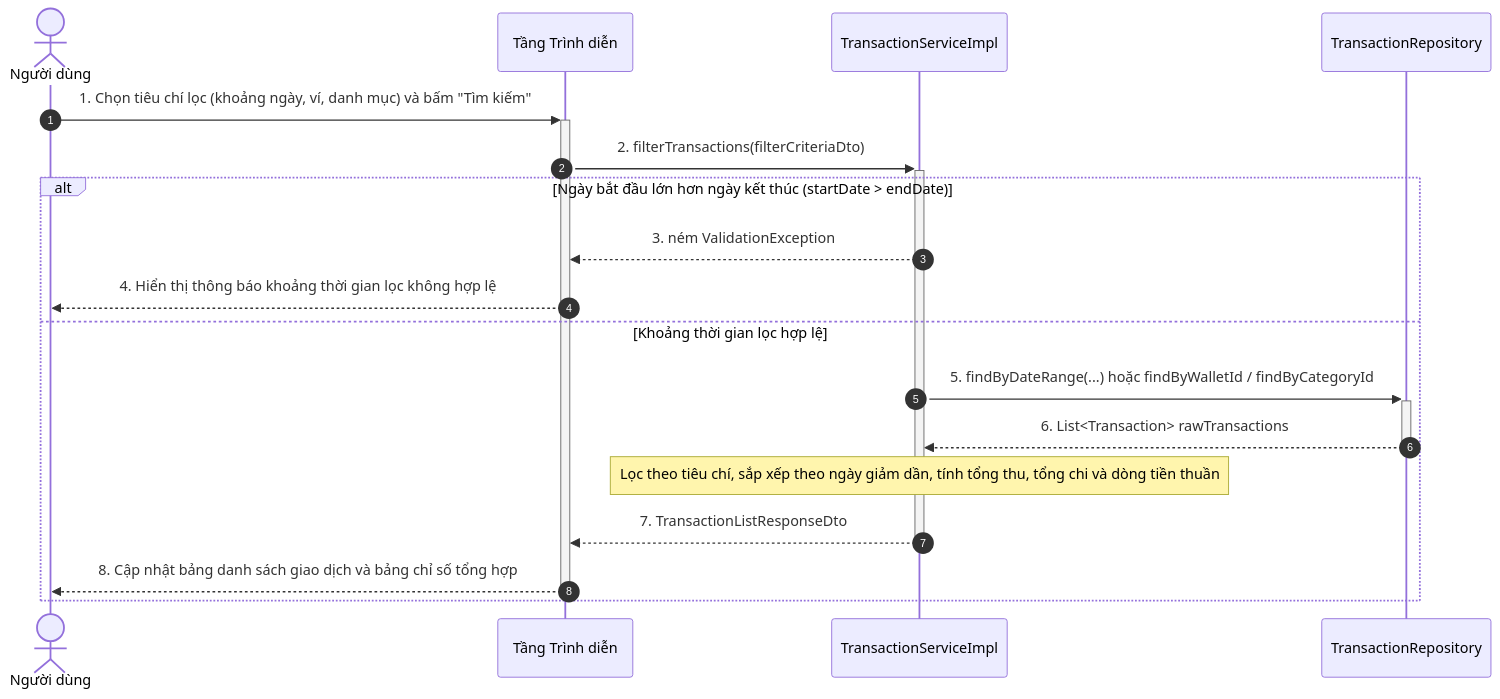
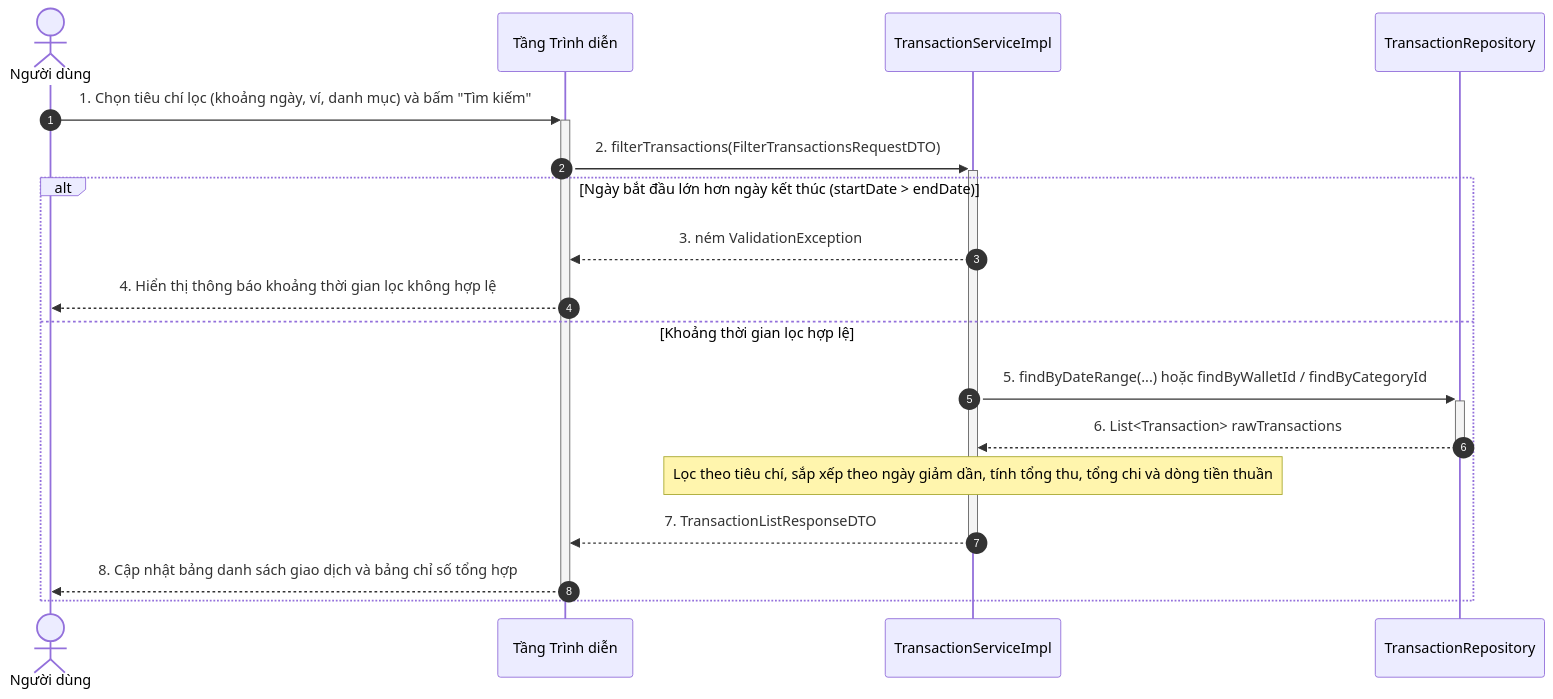
The seventh of 21 diagrams in docs/object-oriented-design/05-so-do-tuong-tac-thiet-ke-sequence-diagram.md (mynhleeh/pfms-oop), drawn with Mermaid before and after one commit. The commit also changed other lines of this file and 3 other files, not shown here.

Commit message:
docs(ood): harmonize service contracts, sequence diagrams, and DTO specifications

````diff
--- a/docs/object-oriented-design/05-so-do-tuong-tac-thiet-ke-sequence-diagram.md
+++ b/docs/object-oriented-design/05-so-do-tuong-tac-thiet-ke-sequence-diagram.md
@@ -353,21 +353,21 @@
 ```mermaid
 sequenceDiagram
     autonumber
     actor User as Người dùng
     participant GUI as Tầng Trình diễn
     participant TransactionService as TransactionServiceImpl
     participant TxnRepo as TransactionRepository
 
     User->>+GUI: 1. Chọn tiêu chí lọc (khoảng ngày, ví, danh mục) và bấm "Tìm kiếm"
-    GUI->>+TransactionService: 2. filterTransactions(filterCriteriaDto)
+    GUI->>+TransactionService: 2. filterTransactions(FilterTransactionsRequestDTO)
     alt Ngày bắt đầu lớn hơn ngày kết thúc (startDate > endDate)
         TransactionService-->>GUI: 3. ném ValidationException
         GUI-->>User: 4. Hiển thị thông báo khoảng thời gian lọc không hợp lệ
     else Khoảng thời gian lọc hợp lệ
         TransactionService->>+TxnRepo: 5. findByDateRange(...) hoặc findByWalletId / findByCategoryId
         TxnRepo-->>-TransactionService: 6. List<Transaction> rawTransactions
         Note over TransactionService: Lọc theo tiêu chí, sắp xếp theo ngày giảm dần, tính tổng thu, tổng chi và dòng tiền thuần
-        TransactionService-->>-GUI: 7. TransactionListResponseDto
+        TransactionService-->>-GUI: 7. TransactionListResponseDTO
         GUI-->>-User: 8. Cập nhật bảng danh sách giao dịch và bảng chỉ số tổng hợp
     end
 ```
````
